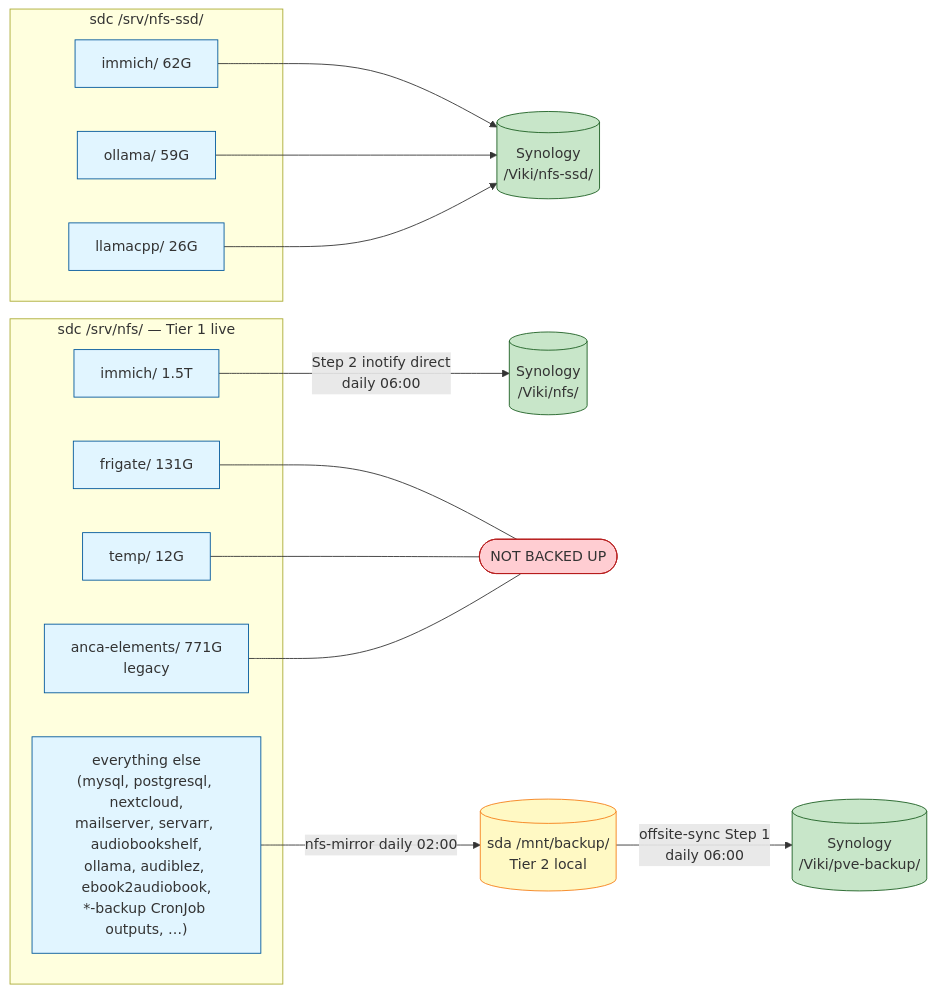
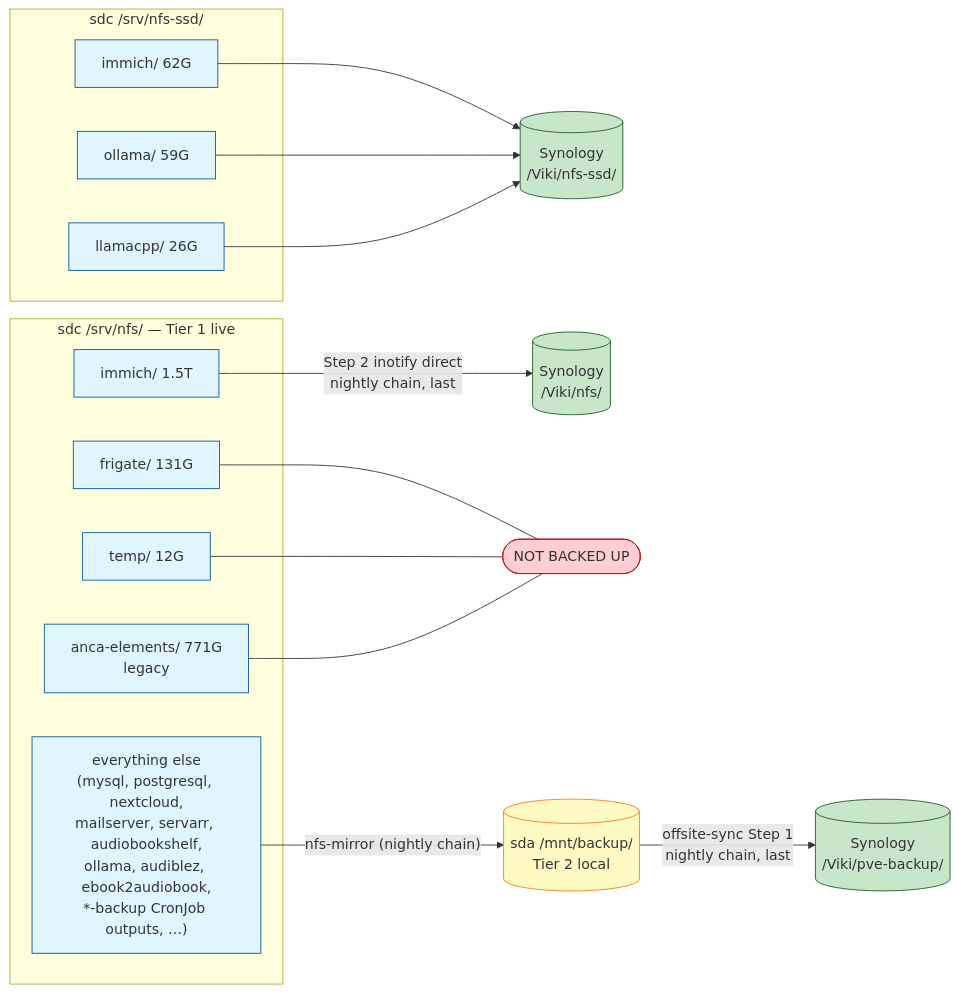
The first of 6 diagrams in docs/architecture/backup-dr.md (ViktorBarzin/infra), drawn with Mermaid before and after one commit. The commit also changed other lines of this file and 37 other files, not shown here.

````diff
--- a/docs/architecture/backup-dr.md
+++ b/docs/architecture/backup-dr.md
@@ -96,37 +124,37 @@
 ```mermaid
 flowchart LR
     classDef live fill:#e1f5ff,stroke:#01579b
     classDef sda fill:#fff9c4,stroke:#f57f17
     classDef syn fill:#c8e6c9,stroke:#1b5e20
     classDef none fill:#ffcdd2,stroke:#b71c1c
 
     subgraph sdc["sdc /srv/nfs/ — Tier 1 live"]
         IMM["immich/ 1.5T"]:::live
         FRI["frigate/ 131G"]:::live
         TMP["temp/ 12G"]:::live
         ANE["anca-elements/ 771G<br/>legacy"]:::live
         APP["everything else<br/>(mysql, postgresql, nextcloud,<br/>mailserver, servarr, audiobookshelf,<br/>ollama, audiblez, ebook2audiobook,<br/>*-backup CronJob outputs, …)"]:::live
     end
 
     subgraph sdcssd["sdc /srv/nfs-ssd/"]
         IMM_ML["immich/ 62G"]:::live
         OLL_S["ollama/ 59G"]:::live
         LLA["llamacpp/ 26G"]:::live
     end
 
     SDA[("sda /mnt/backup/<br/>Tier 2 local")]:::sda
     SYN_PVE[("Synology<br/>/Viki/pve-backup/")]:::syn
     SYN_NFS[("Synology<br/>/Viki/nfs/")]:::syn
     SYN_SSD[("Synology<br/>/Viki/nfs-ssd/")]:::syn
     NOPE([NOT BACKED UP]):::none
 
-    APP -- "nfs-mirror daily 02:00" --> SDA
-    SDA -- "offsite-sync Step 1<br/>daily 06:00" --> SYN_PVE
-    IMM -- "Step 2 inotify direct<br/>daily 06:00" --> SYN_NFS
+    APP -- "nfs-mirror (nightly chain)" --> SDA
+    SDA -- "offsite-sync Step 1<br/>nightly chain, last" --> SYN_PVE
+    IMM -- "Step 2 inotify direct<br/>nightly chain, last" --> SYN_NFS
     IMM_ML --> SYN_SSD
     OLL_S --> SYN_SSD
     LLA --> SYN_SSD
     FRI --- NOPE
     TMP --- NOPE
     ANE --- NOPE
 ```
````
